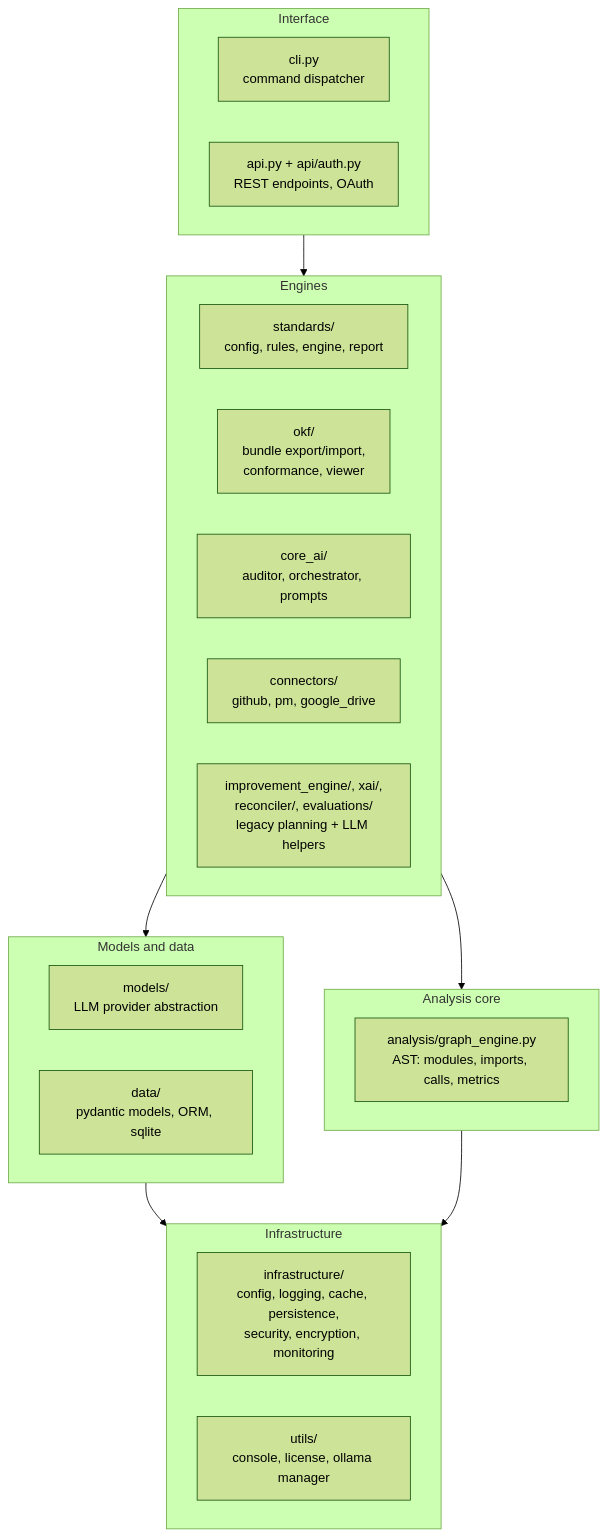
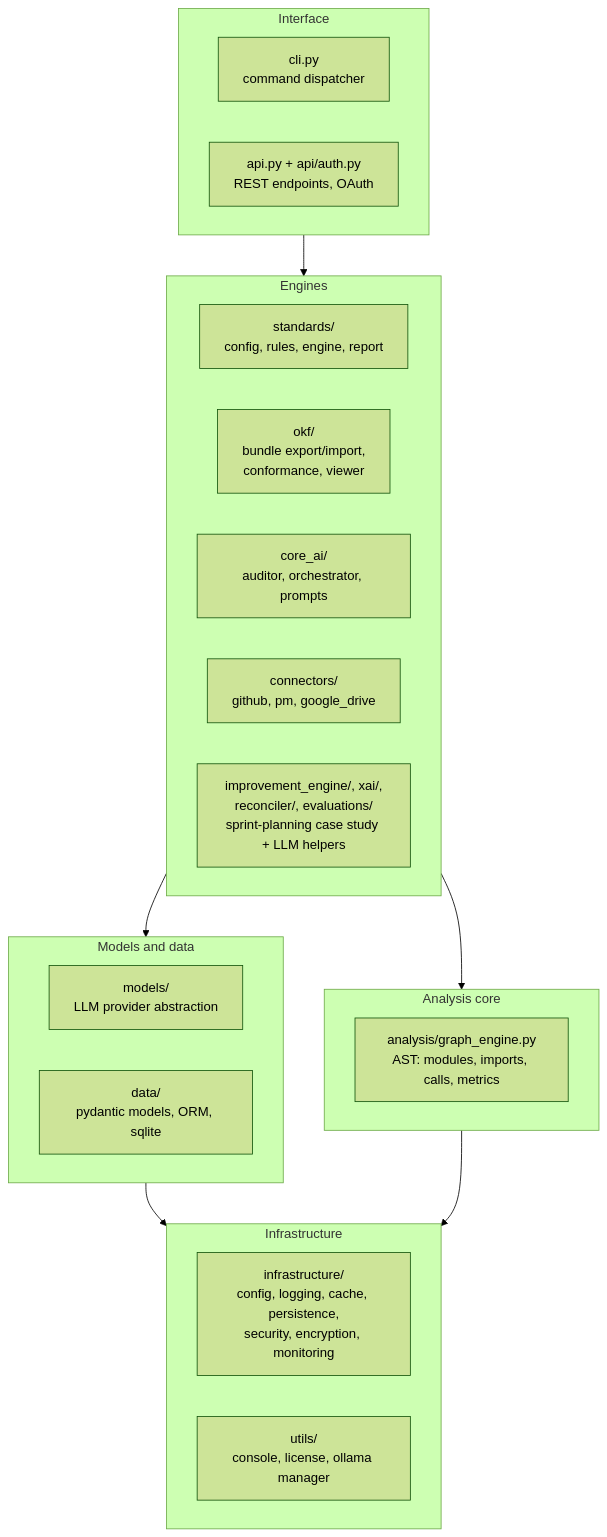
One commit to Hami0095/ai-architecture changed the second of 6 diagrams in README.md. Above: the diagram before and after it, drawn with Mermaid (forest theme). The commit also changed other lines of this file and 7 other files, not shown here.

First line of the commit message:
docs: present sprint planning as a case study instead of "deferred"

````diff
--- a/README.md
+++ b/README.md
@@ -234,28 +234,28 @@
 ```mermaid
 flowchart TB
     subgraph L1["Interface"]
         cli["cli.py<br/>command dispatcher"]
         api["api.py + api/auth.py<br/>REST endpoints, OAuth"]
     end
     subgraph L2["Engines"]
         std["standards/<br/>config, rules, engine, report"]
         okf["okf/<br/>bundle export/import,<br/>conformance, viewer"]
         core["core_ai/<br/>auditor, orchestrator, prompts"]
         conn["connectors/<br/>github, pm, google_drive"]
-        legacy["improvement_engine/, xai/,<br/>reconciler/, evaluations/<br/>legacy planning + LLM helpers"]
+        legacy["improvement_engine/, xai/,<br/>reconciler/, evaluations/<br/>sprint-planning case study + LLM helpers"]
     end
     subgraph L3["Analysis core"]
         ge["analysis/graph_engine.py<br/>AST: modules, imports, calls, metrics"]
     end
     subgraph L4["Models and data"]
         models["models/<br/>LLM provider abstraction"]
         data["data/<br/>pydantic models, ORM, sqlite"]
     end
     subgraph L5["Infrastructure"]
         infra["infrastructure/<br/>config, logging, cache, persistence,<br/>security, encryption, monitoring"]
         utils["utils/<br/>console, license, ollama manager"]
     end
     L1 --> L2 --> L3
     L2 --> L4 --> L5
     L3 --> L5
 ```
````
